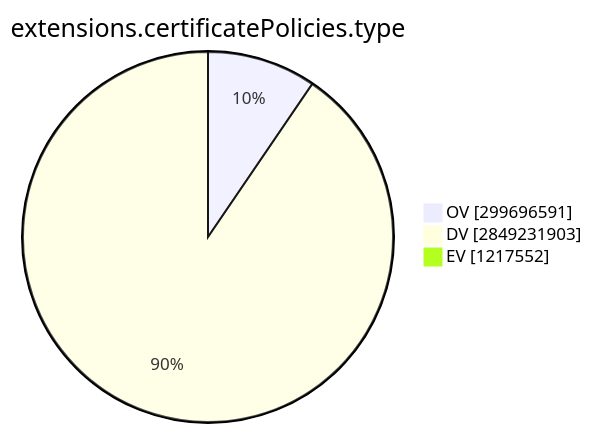
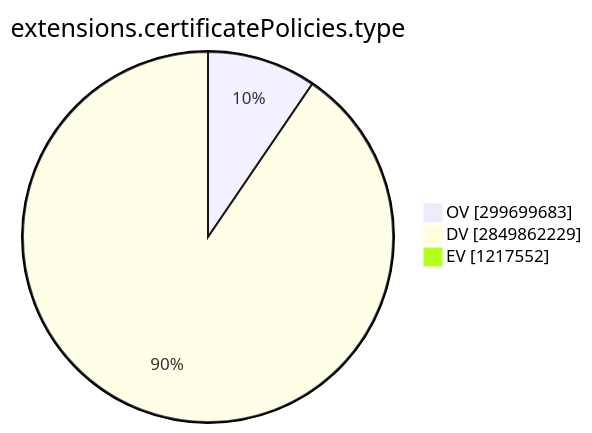
The ninth of 15 diagrams in TOTAL/README.md (christiankrug/ctmonitor_visualization), drawn with Mermaid before and after one commit. The commit also changed other lines of this file, not shown here.

````diff
--- a/TOTAL/README.md
+++ b/TOTAL/README.md
@@ -3101,7 +3101,7 @@
 ```mermaid
 pie showData
 title extensions.certificatePolicies.type
-"OV" :299696591
-"DV" :2849231903
+"OV" :299699683
+"DV" :2849862229
 "EV" :1217552
 ```
````
